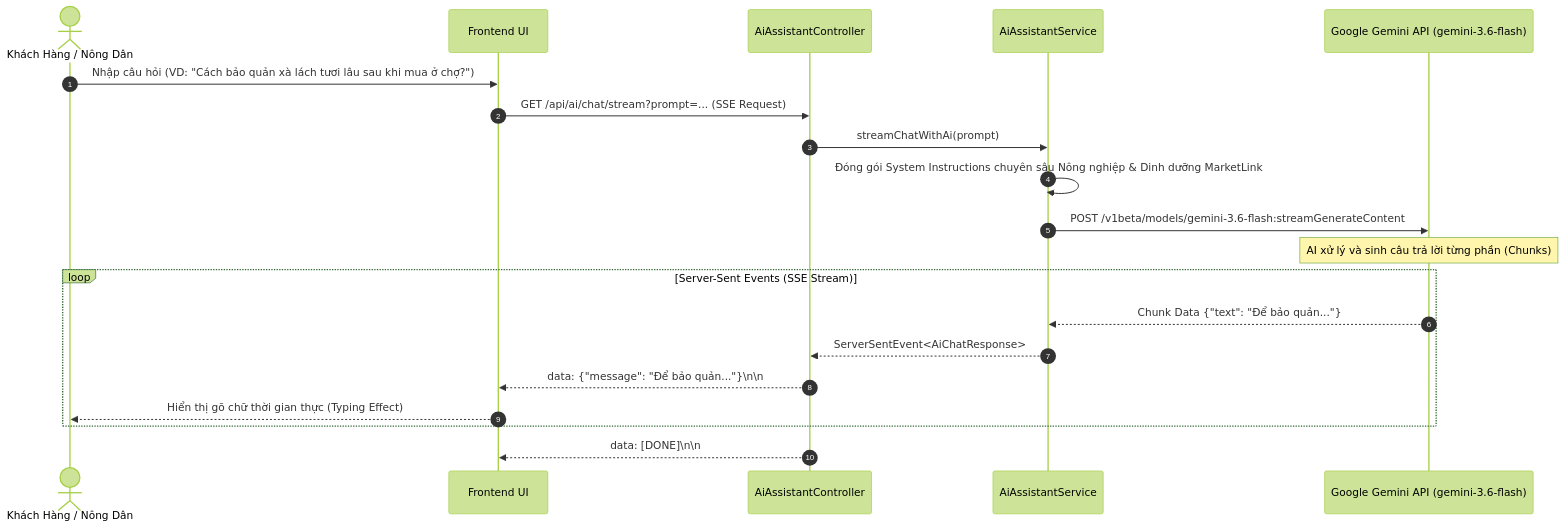
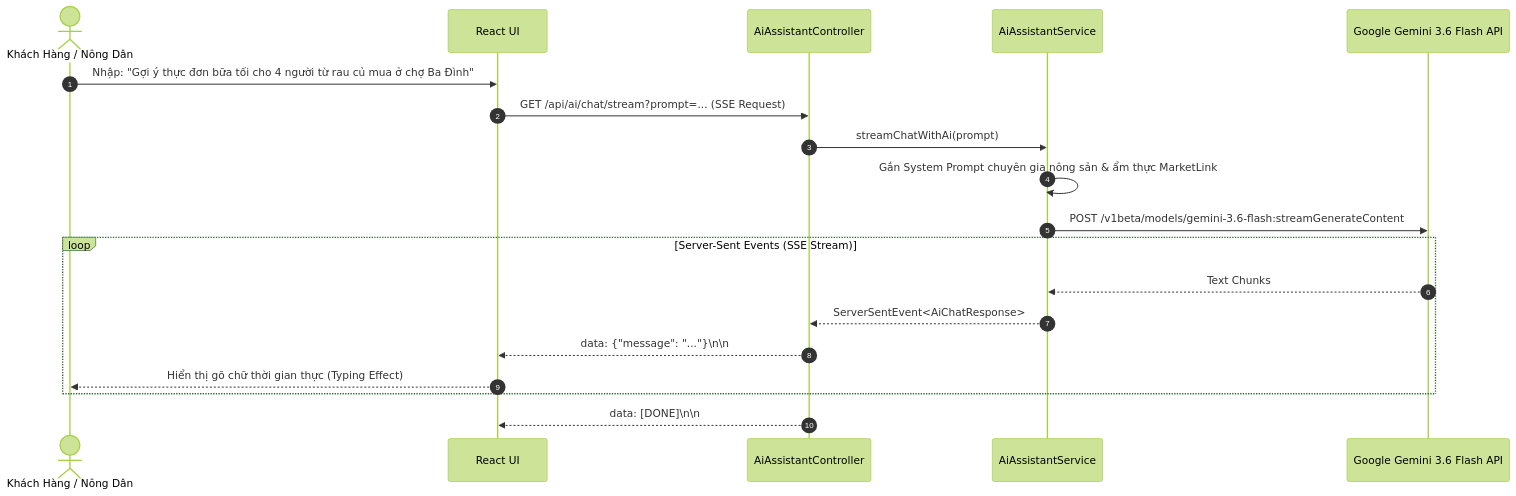
The fifth of 6 diagrams in LUONG_HOAT_DONG_TOAN_BO_DU_AN_MARKETLINK.md (nnquanga24051/Gravity_backend_marketlink_techwiz7), drawn with Mermaid (forest theme) before and after one commit. The commit also changed other lines of this file and 164 other files, not shown here.

````diff
--- a/LUONG_HOAT_DONG_TOAN_BO_DU_AN_MARKETLINK.md
+++ b/LUONG_HOAT_DONG_TOAN_BO_DU_AN_MARKETLINK.md
@@ -446,25 +469,24 @@
 ```mermaid
 sequenceDiagram
     autonumber
     actor User as Khách Hàng / Nông Dân
-    participant WebApp as Frontend UI
+    participant WebApp as React UI
     participant AiCtrl as AiAssistantController
     participant AiService as AiAssistantService
-    participant Gemini as Google Gemini API (gemini-3.6-flash)
+    participant Gemini as Google Gemini 3.6 Flash API
 
-    User->>WebApp: Nhập câu hỏi (VD: "Cách bảo quản xà lách tươi lâu sau khi mua ở chợ?")
+    User->>WebApp: Nhập: "Gợi ý thực đơn bữa tối cho 4 người từ rau củ mua ở chợ Ba Đình"
     WebApp->>AiCtrl: GET /api/ai/chat/stream?prompt=... (SSE Request)
     AiCtrl->>AiService: streamChatWithAi(prompt)
     
-    AiService->>AiService: Đóng gói System Instructions chuyên sâu Nông nghiệp & Dinh dưỡng MarketLink
+    AiService->>AiService: Gắn System Prompt chuyên gia nông sản & ẩm thực MarketLink
     AiService->>Gemini: POST /v1beta/models/gemini-3.6-flash:streamGenerateContent
-    Note over Gemini: AI xử lý và sinh câu trả lời từng phần (Chunks)
-
+    
     loop Server-Sent Events (SSE Stream)
-        Gemini-->>AiService: Chunk Data {"text": "Để bảo quản..."}
+        Gemini-->>AiService: Text Chunks
         AiService-->>AiCtrl: ServerSentEvent<AiChatResponse>
-        AiCtrl-->>WebApp: data: {"message": "Để bảo quản..."}\n\n
+        AiCtrl-->>WebApp: data: {"message": "..."}\n\n
         WebApp-->>User: Hiển thị gõ chữ thời gian thực (Typing Effect)
     end
     AiCtrl-->>WebApp: data: [DONE]\n\n
 ```
````
